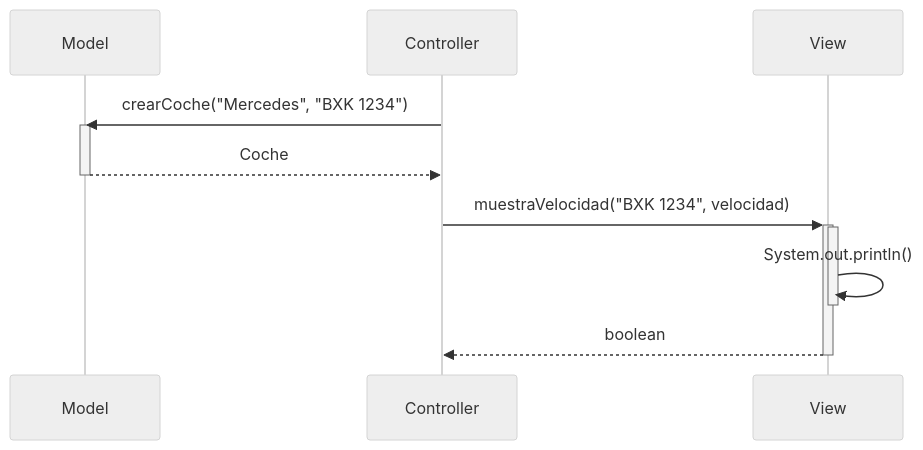
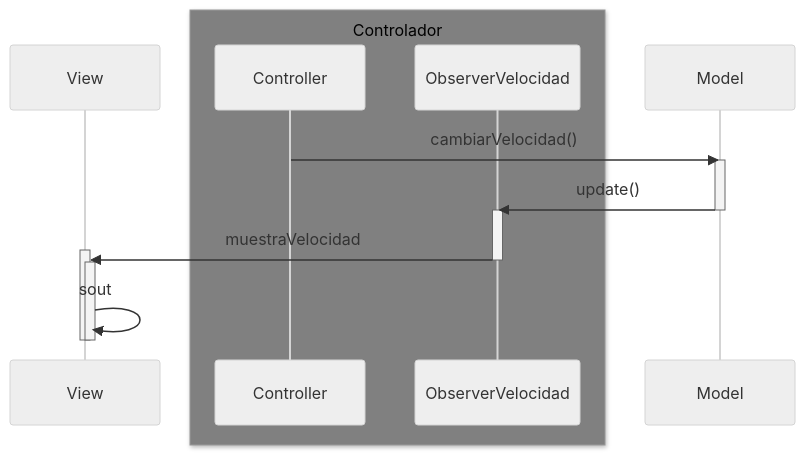
One commit to samueldam1/MVC_coches changed the third of 4 diagrams in Readme.md. Above: the diagram before and after it, drawn with Mermaid (neutral theme). The commit also changed other lines of this file, not shown here.

````diff
--- a/Readme.md
+++ b/Readme.md
@@ -57,15 +75,20 @@
 ```mermaid
 sequenceDiagram
+    participant View
+    box gray Controlador
+    participant Controller
+    participant ObserverVelocidad
+    end
     participant Model
-    participant Controller
-    participant View
-    Controller->>Model: crearCoche("Mercedes", "BXK 1234")
+
+    Controller->>Model: cambiarVelocidad()
     activate Model
-    Model-->>Controller: Coche
+    Model->>ObserverVelocidad: update()
     deactivate Model
-    Controller->>+View: muestraVelocidad("BXK 1234", velocidad)
+    activate ObserverVelocidad
+    ObserverVelocidad->>+View: muestraVelocidad
+    deactivate ObserverVelocidad
     activate View
-    View->>-View: System.out.println()
-    View-->>Controller: boolean
+    View->>-View: sout
     deactivate View
 ```
````
